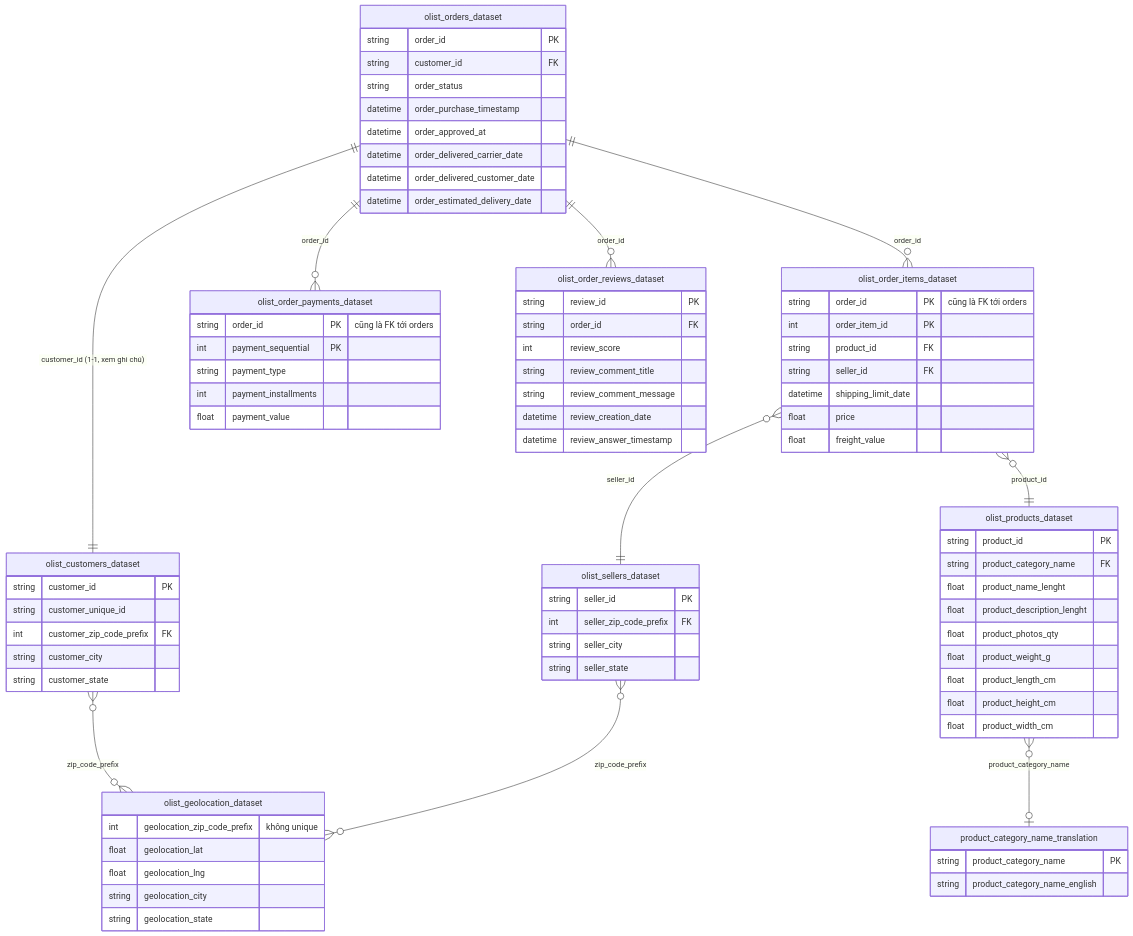
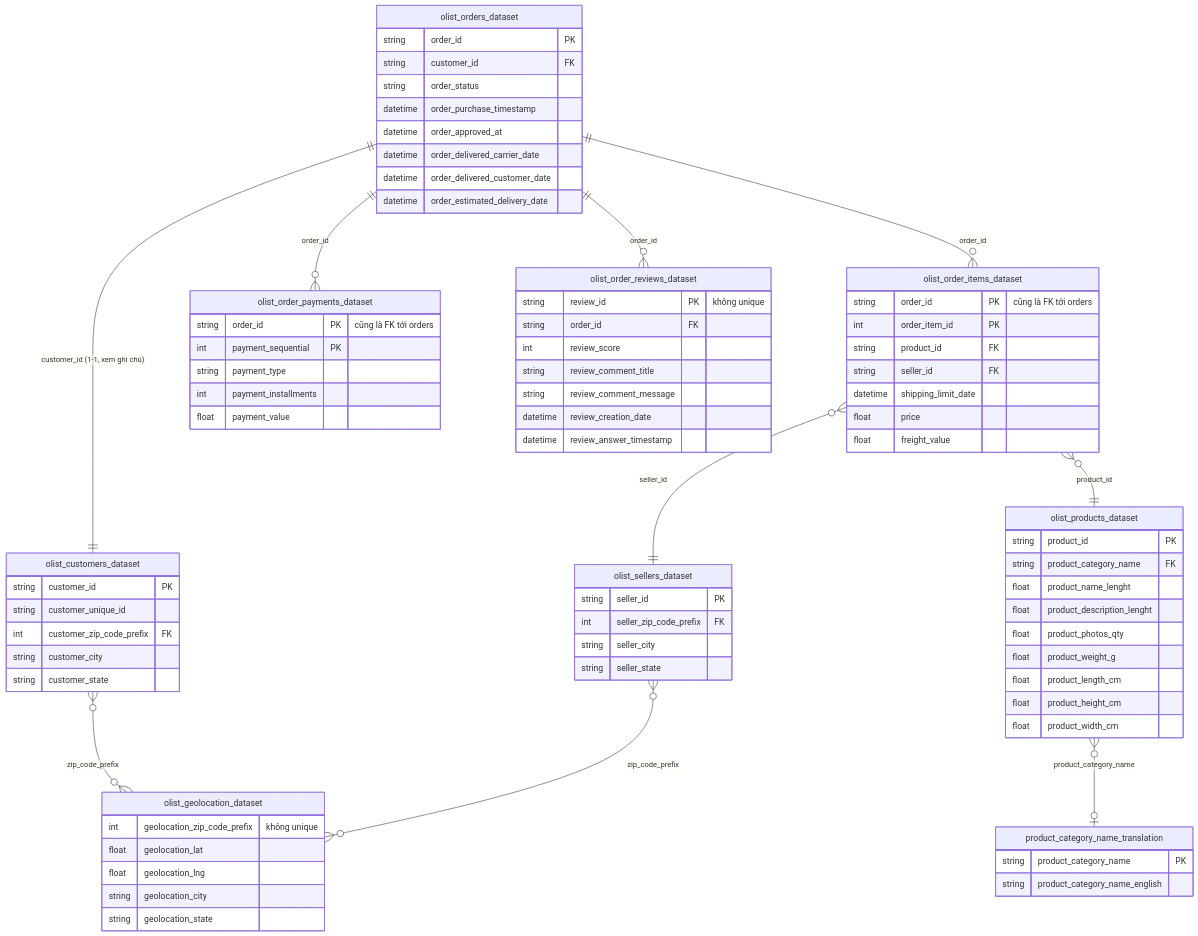
One commit to anthinh-io/delivery-performance-intelligence changed the diagram in docs/olist_erd.md. Above: the diagram before and after it, drawn with Mermaid. The commit also changed other lines of this file, not shown here.

Commit message:
docs: note review_id is not actually unique (finding from Task #22)

```diff
--- a/docs/olist_erd.md
+++ b/docs/olist_erd.md
@@ -40,7 +40,7 @@
     }
 
     olist_order_reviews_dataset {
-        string review_id PK
+        string review_id PK "không unique"
         string order_id FK
         int review_score
         string review_comment_title
```
